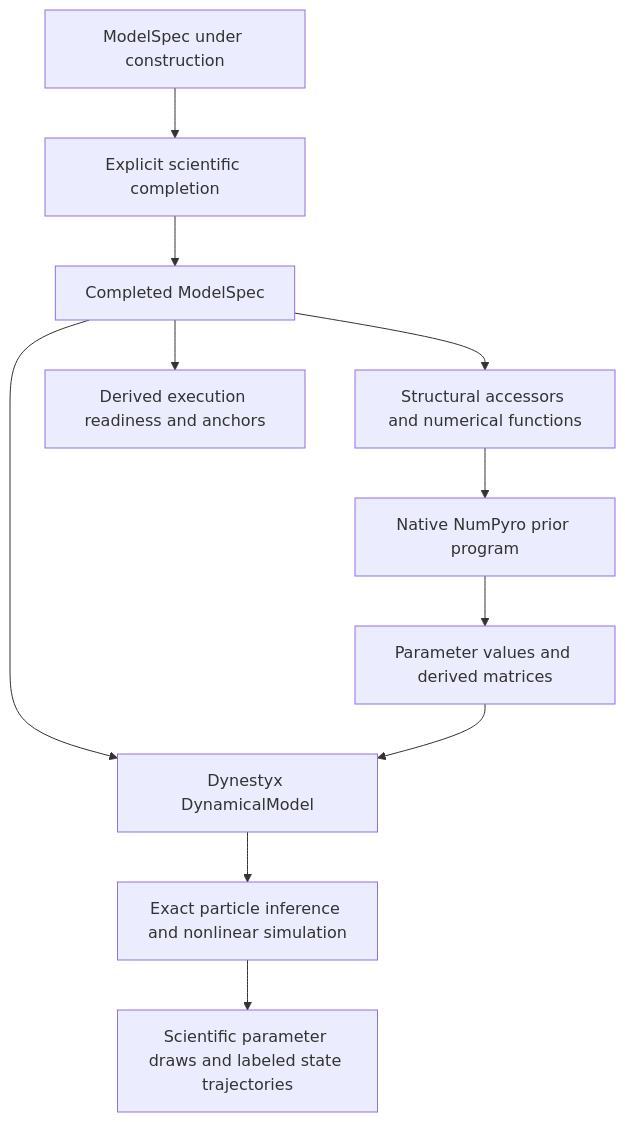
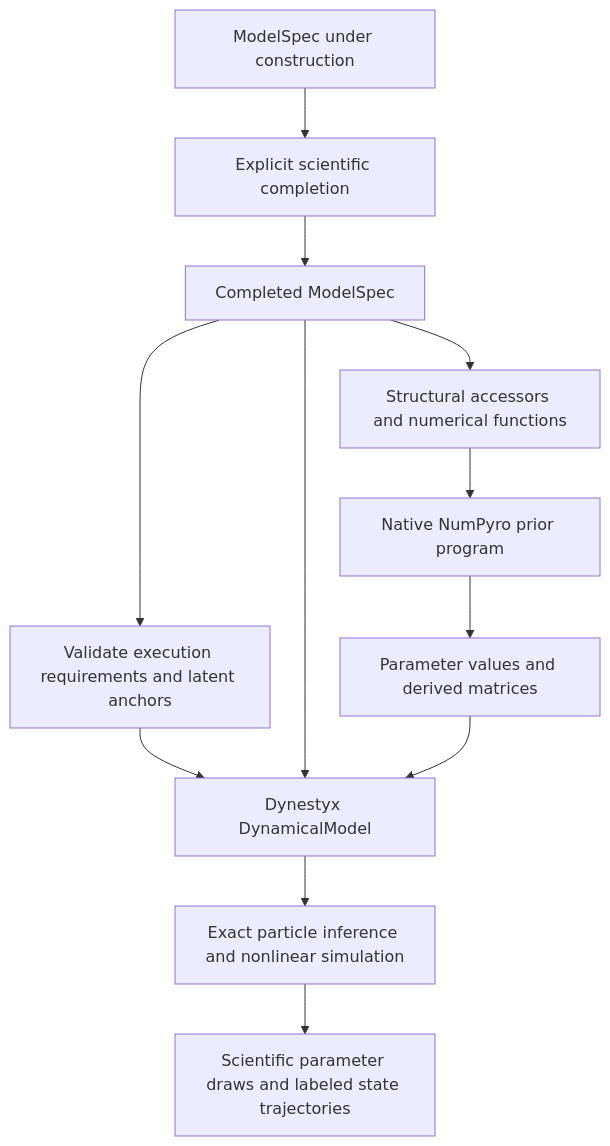
Before and after one commit to ma9o/nof1-causal-lab: the diagram in docs/reference/compilation.md, drawn with Mermaid. The commit also changed other lines of this file and 39 other files, not shown here.

````diff
--- a/docs/reference/compilation.md
+++ b/docs/reference/compilation.md
@@ -5,12 +5,13 @@
 ```mermaid
 flowchart TD
     M[ModelSpec under construction] --> D[Explicit scientific completion]
     D --> C[Completed ModelSpec]
     C --> P[Structural accessors and numerical functions]
-    C --> V[Derived execution readiness and anchors]
+    C --> V[Validate execution requirements and latent anchors]
+    V --> R
     P --> N[Native NumPyro prior program]
     N --> A[Parameter values and derived matrices]
     C & A --> R[Dynestyx DynamicalModel]
     R --> E[Exact particle inference and nonlinear simulation]
     E --> F[Scientific parameter draws and labeled state trajectories]
 ```
````
